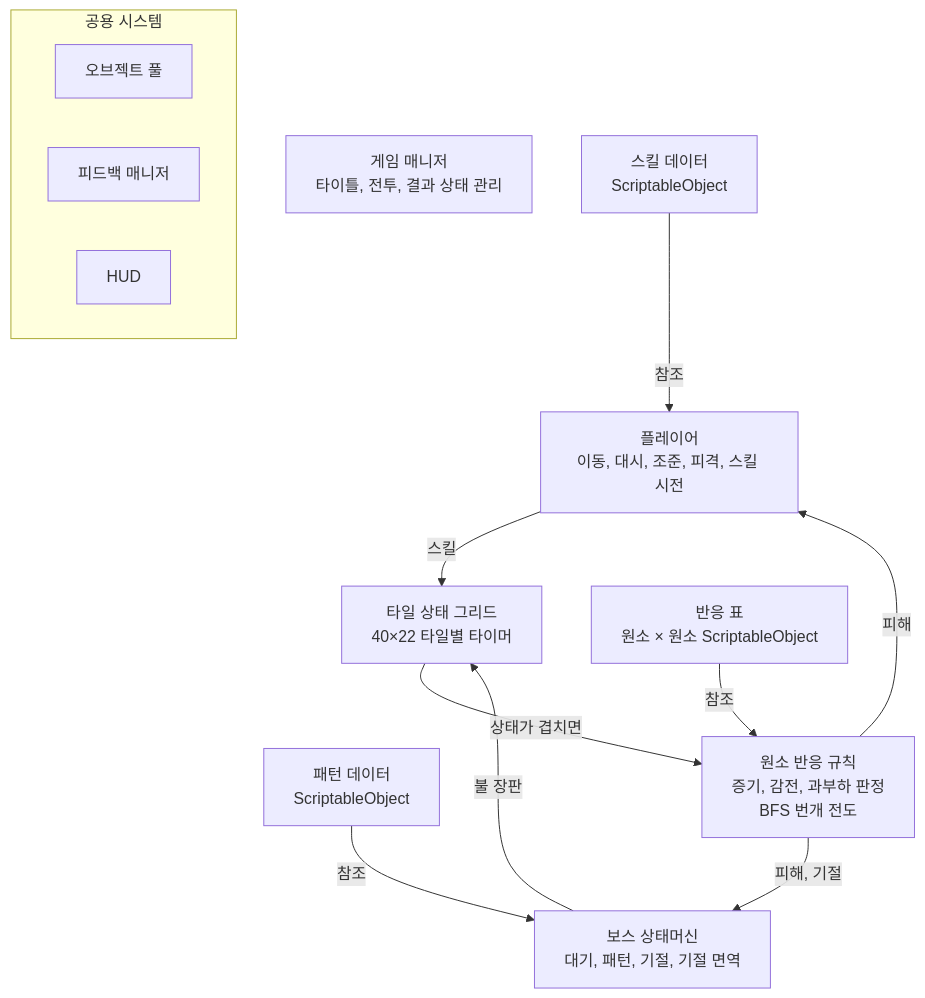
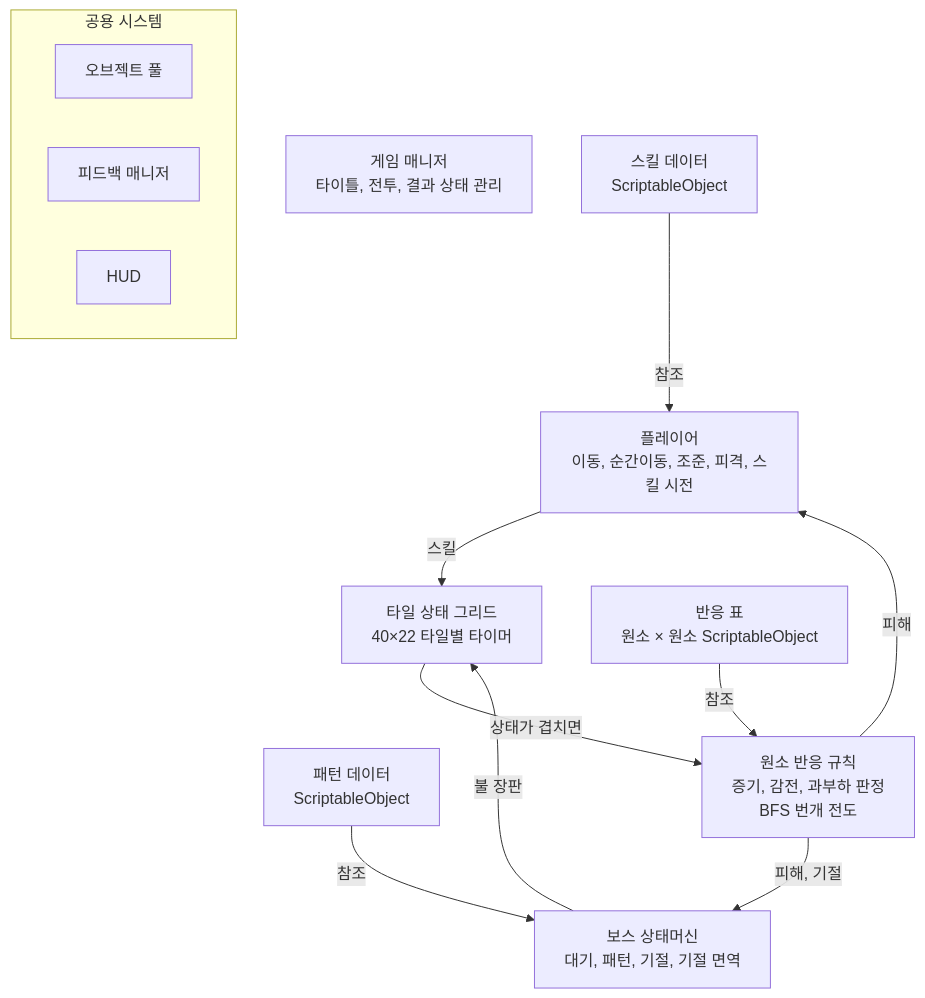
Before and after one commit to 0wan1001/Elemental-Trials: the first of 2 diagrams in Docs/Elemental Trials 기획서.md, drawn with Mermaid. The commit also changed other lines of this file and 3 other files, not shown here.

````diff
--- a/Docs/Elemental Trials 기획서.md
+++ b/Docs/Elemental Trials 기획서.md
@@ -233,17 +234,17 @@
 ```mermaid
 flowchart TB
     GM["게임 매니저<br/>타이틀, 전투, 결과 상태 관리"]
-    SD["스킬 데이터<br/>ScriptableObject"] -->|참조| P["플레이어<br/>이동, 대시, 조준, 피격, 스킬 시전"]
+    SD["스킬 데이터<br/>ScriptableObject"] -->|참조| P["플레이어<br/>이동, 순간이동, 조준, 피격, 스킬 시전"]
     PD["패턴 데이터<br/>ScriptableObject"] -->|참조| B["보스 상태머신<br/>대기, 패턴, 기절, 기절 면역"]
     P -->|스킬| G["타일 상태 그리드<br/>40×22 타일별 타이머"]
     B -->|불 장판| G
     G -->|상태가 겹치면| R["원소 반응 규칙<br/>증기, 감전, 과부하 판정<br/>BFS 번개 전도"]
     RT["반응 표<br/>원소 × 원소 ScriptableObject"] -->|참조| R
     R -->|피해| P
     R -->|피해, 기절| B
     subgraph 공용 시스템
         OP["오브젝트 풀"]
         FB["피드백 매니저"]
         HUD["HUD"]
     end
 ```
````
